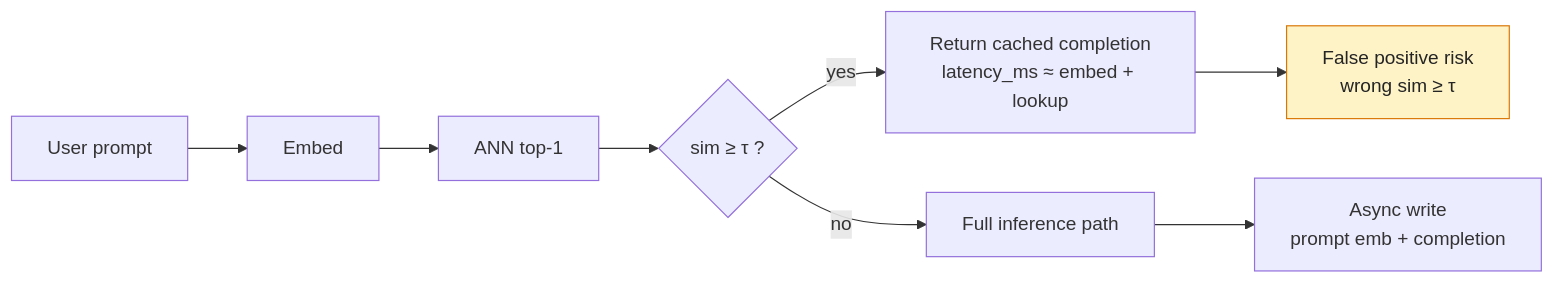
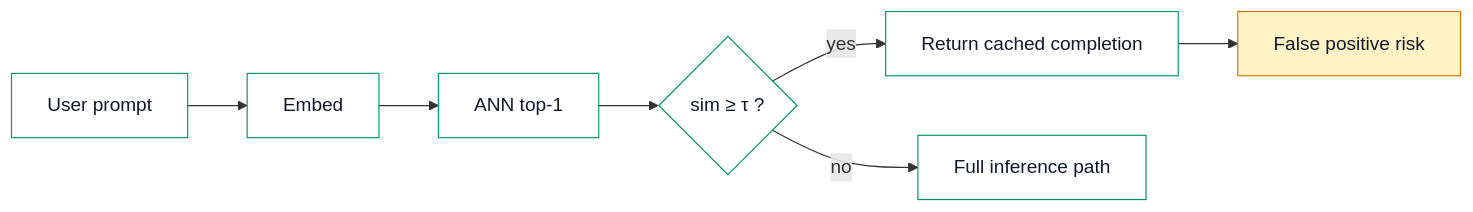
One commit to AkshantVats/Profile changed the third of 5 diagrams in blog/DIAGRAM-STYLE.md. Above: the diagram before and after it, drawn with Mermaid. The commit also changed other lines of this file and 4 other files, not shown here.

First line of the commit message:
docs(blog): enforce gold Mermaid classDef standard in light and dark

````diff
--- a/blog/DIAGRAM-STYLE.md
+++ b/blog/DIAGRAM-STYLE.md
@@ -34,11 +89,14 @@
 ```mermaid
 flowchart LR
   Q[User prompt] --> EMB[Embed]
   EMB --> ANN[ANN top-1]
   ANN --> T{sim ≥ τ ?}
-  T -->|yes| HIT[Return cached completion\nlatency_ms ≈ embed + lookup]
+  T -->|yes| HIT[Return cached completion]
   T -->|no| LLM[Full inference path]
-  LLM --> STORE[Async write\nprompt emb + completion]
-  HIT --> FP["False positive risk\nwrong sim ≥ τ"]
-  style FP fill:#fef3c7,stroke:#d97706,color:#242424
+  HIT --> FP[False positive risk]
+
+  classDef pipeline fill:#ffffff,stroke:#059669,color:#111827
+  classDef accent fill:#fef3c7,stroke:#d97706,color:#111827
+  class Q,EMB,ANN,T,HIT,LLM pipeline
+  class FP accent
 ```
````
